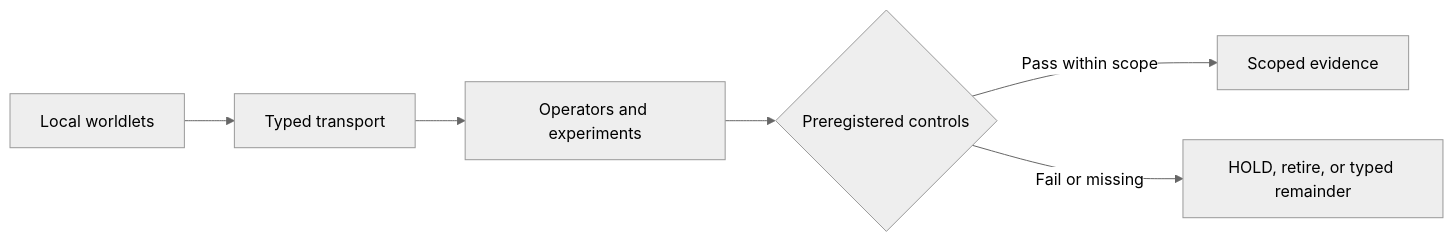
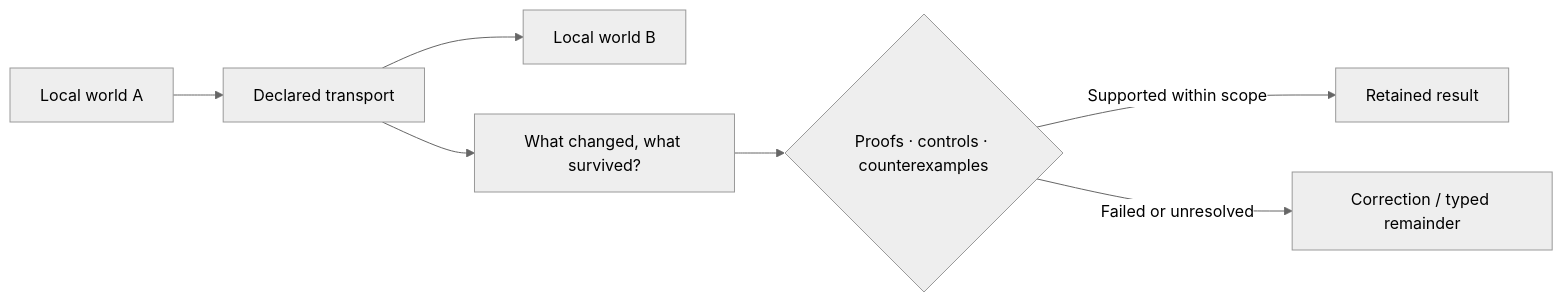
The diagram in README.md (Dojo-1/hypercomplexbrain), drawn with Mermaid (neutral theme) before and after one commit. The commit also changed other lines of this file and 4 other files, not shown here.

````diff
--- a/README.md
+++ b/README.md
@@ -52,8 +47,9 @@
 ```mermaid
 flowchart LR
-    W["Local worldlets"] --> T["Typed transport"]
-    T --> O["Operators and experiments"]
-    O --> G{"Preregistered controls"}
-    G -->|"Pass within scope"| P["Scoped evidence"]
-    G -->|"Fail or missing"| R["HOLD, retire, or typed remainder"]
+    A["Local world A"] --> T["Declared transport"]
+    T --> B["Local world B"]
+    T --> Q["What changed, what survived?"]
+    Q --> G{"Proofs · controls · counterexamples"}
+    G -->|"Supported within scope"| E["Retained result"]
+    G -->|"Failed or unresolved"| R["Correction / typed remainder"]
 ```
````
